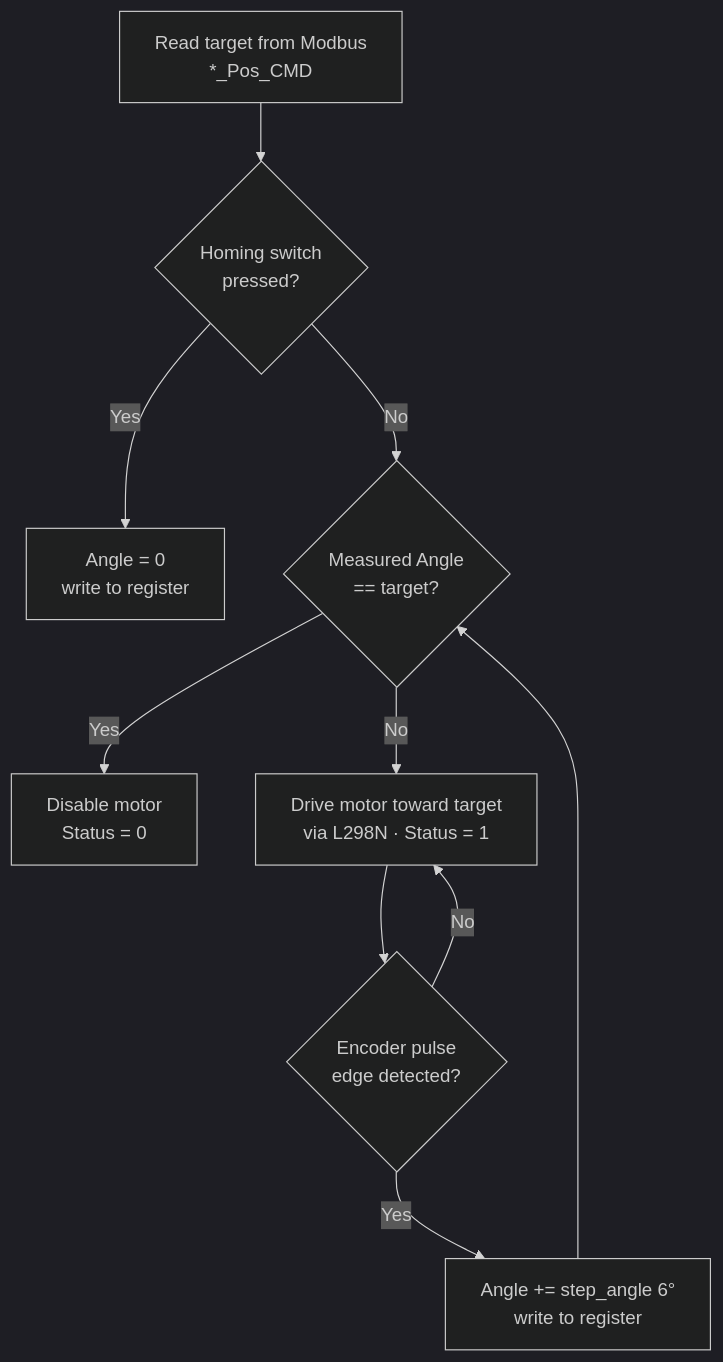
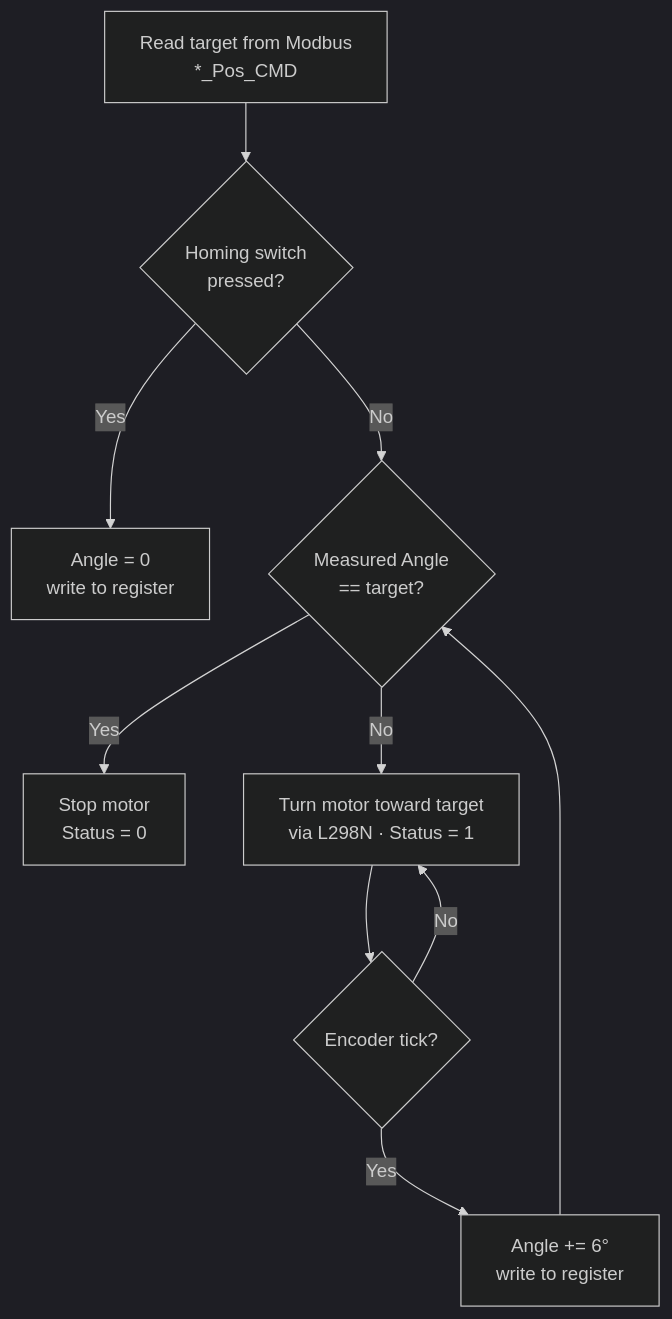
One commit to sina-mohebbi/6dof_manipulator_arm changed the second of 3 diagrams in README.md. Above: the diagram before and after it, drawn with Mermaid (dark theme). The commit also changed other lines of this file, not shown here.

````diff
--- a/README.md
+++ b/README.md
@@ -177,12 +172,12 @@
 ```mermaid
 flowchart TD
     A[Read target from Modbus<br/>*_Pos_CMD] --> B{Homing switch<br/>pressed?}
     B -->|Yes| Z[Angle = 0<br/>write to register]
     B -->|No| C{Measured Angle<br/>== target?}
-    C -->|Yes| D[Disable motor<br/>Status = 0]
-    C -->|No| E[Drive motor toward target<br/>via L298N · Status = 1]
-    E --> F{Encoder pulse<br/>edge detected?}
-    F -->|Yes| G[Angle += step_angle 6°<br/>write to register]
+    C -->|Yes| D[Stop motor<br/>Status = 0]
+    C -->|No| E[Turn motor toward target<br/>via L298N · Status = 1]
+    E --> F{Encoder tick?}
+    F -->|Yes| G[Angle += 6°<br/>write to register]
     F -->|No| E
     G --> C
 ```
````
